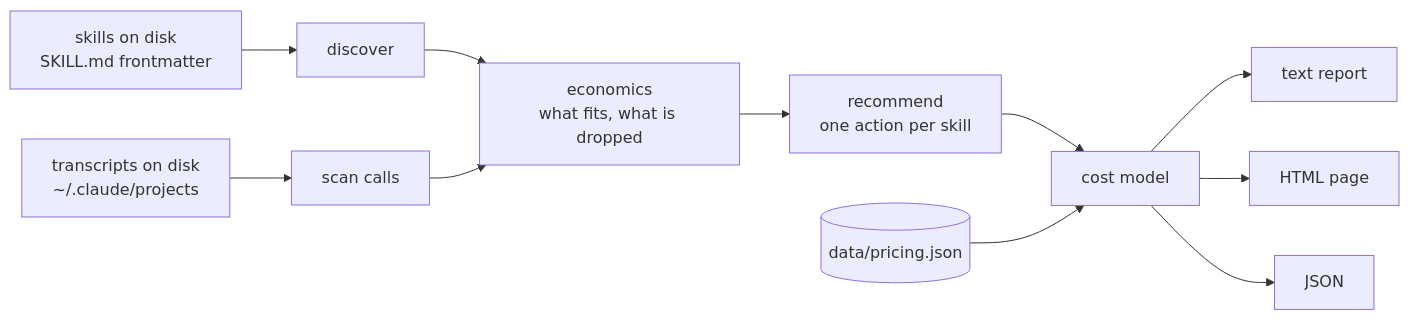
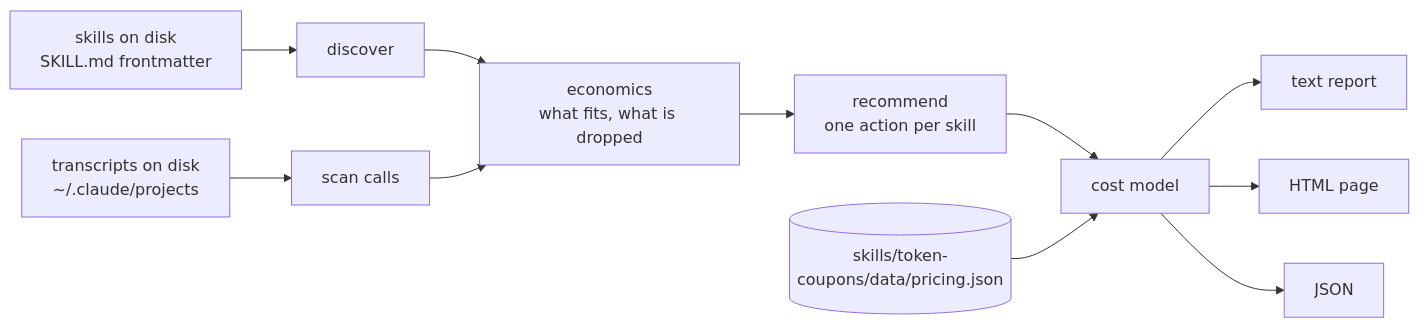
One commit to steve-piece/token-coupons changed the first of 2 diagrams in README.md. Above: the diagram before and after it, drawn with Mermaid. The commit also changed other lines of this file and 38 other files, not shown here.

````diff
--- a/README.md
+++ b/README.md
@@ -100,13 +136,13 @@
 ```mermaid
 flowchart LR
   S["skills on disk<br/>SKILL.md frontmatter"] --> D["discover"]
   T["transcripts on disk<br/>~/.claude/projects"] --> C["scan calls"]
   D --> E["economics<br/>what fits, what is dropped"]
   C --> E
   E --> R["recommend<br/>one action per skill"]
   R --> M["cost model"]
-  P[("data/pricing.json")] --> M
+  P[("skills/token-coupons/data/pricing.json")] --> M
   M --> O1["text report"]
   M --> O2["HTML page"]
   M --> O3["JSON"]
 ```
````
